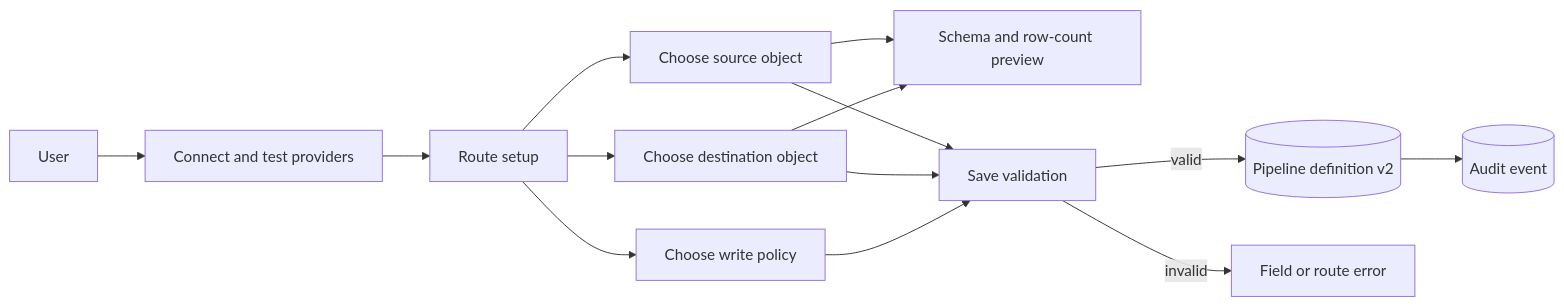
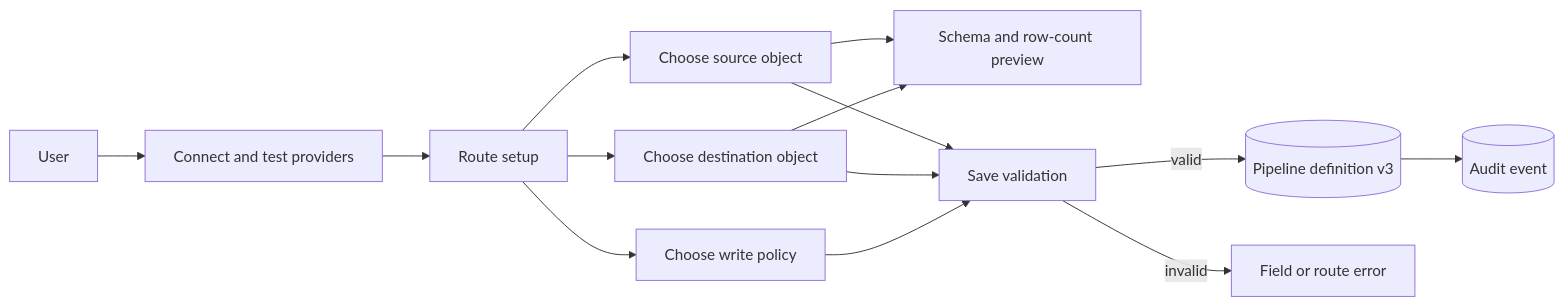
Before and after one commit to eddiethedean/user-token-management-app: the second of 6 diagrams in docs/data-pipelines.md, drawn with Mermaid. The commit also changed other lines of this file and 29 other files, not shown here.

````diff
--- a/docs/data-pipelines.md
+++ b/docs/data-pipelines.md
@@ -95,16 +95,16 @@
 ```mermaid
 flowchart LR
     U[User] --> C[Connect and test providers]
     C --> B[Route setup]
     B --> S[Choose source object]
     B --> D[Choose destination object]
     B --> W[Choose write policy]
     S --> P[Schema and row-count preview]
     D --> P
     S --> V[Save validation]
     D --> V
     W --> V
-    V -->|valid| PD[(Pipeline definition v2)]
+    V -->|valid| PD[(Pipeline definition v3)]
     V -->|invalid| E[Field or route error]
     PD --> A[(Audit event)]
 ```
````
